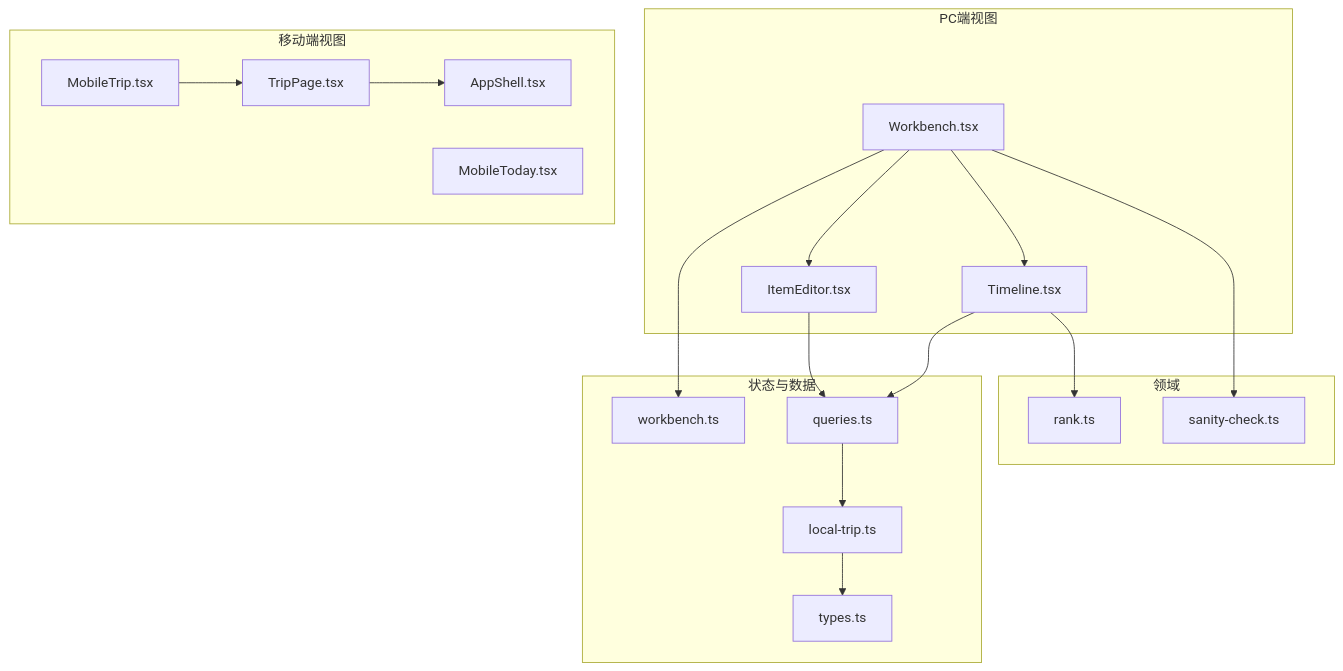
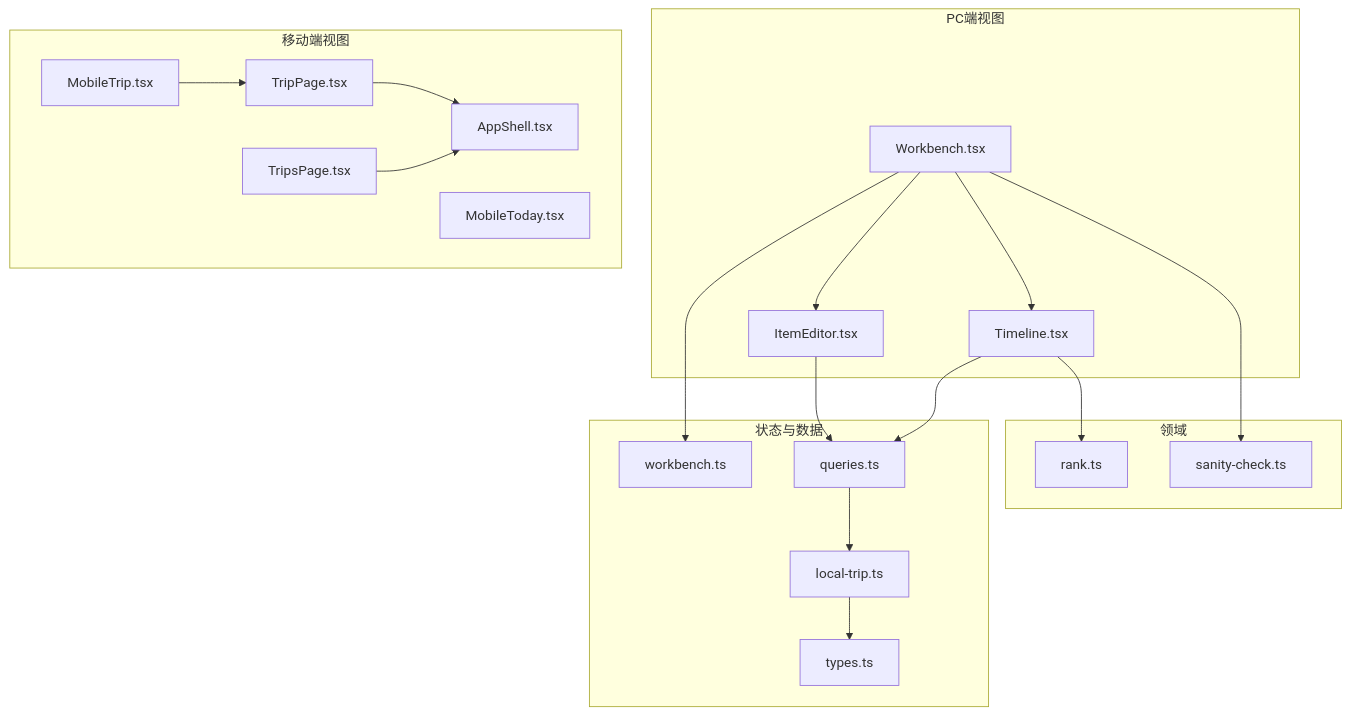
One commit to huangyilu/wanwuyishi changed the first of 8 diagrams in .qoder/repowiki/zh/content/核心功能模块/行程管理模块/行程管理模块.md. Above: the diagram before and after it, drawn with Mermaid. The commit also changed other lines of this file and 23 other files, not shown here.

````diff
--- a/.qoder/repowiki/zh/content/核心功能模块/行程管理模块/行程管理模块.md
+++ b/.qoder/repowiki/zh/content/核心功能模块/行程管理模块/行程管理模块.md
@@ -64,35 +67,37 @@
 ```mermaid
 graph TB
 subgraph "PC端视图"
 WB["Workbench.tsx"]
 TL["Timeline.tsx"]
 IE["ItemEditor.tsx"]
 end
 subgraph "移动端视图"
 MT["MobileTrip.tsx"]
 MTO["MobileToday.tsx"]
 TP["TripPage.tsx"]
 AS["AppShell.tsx"]
+TS["TripsPage.tsx"]
 end
 subgraph "领域"
 RK["rank.ts"]
 SC["sanity-check.ts"]
 end
 subgraph "状态与数据"
 ST["workbench.ts"]
 TY["types.ts"]
 QRY["queries.ts"]
 ADP["local-trip.ts"]
 end
 WB --> TL
 WB --> IE
 TL --> QRY
 IE --> QRY
 WB --> ST
 TL --> RK
 WB --> SC
 QRY --> ADP
 ADP --> TY
 MT --> TP
 TP --> AS
+TS --> AS
 ```
````
